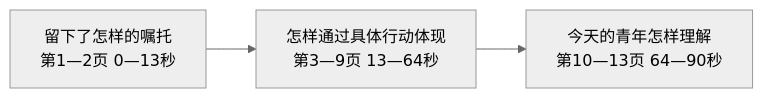
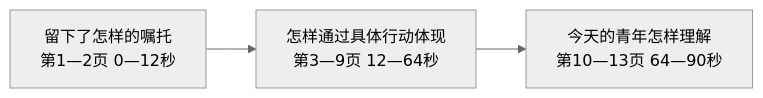
Before and after one commit to OyamaMeek/Motion: the diagram in 蒋葆增的家国情怀/短片/脚本与时间表.md, drawn with Mermaid (neutral theme). The commit also changed other lines of this file and 80 other files, not shown here.

````diff
--- a/蒋葆增的家国情怀/短片/脚本与时间表.md
+++ b/蒋葆增的家国情怀/短片/脚本与时间表.md
@@ -9,5 +11,5 @@
 ```mermaid
 flowchart LR
-  A["留下了怎样的嘱托<br>第1—2页 0—13秒"] --> B["怎样通过具体行动体现<br>第3—9页 13—64秒"]
+  A["留下了怎样的嘱托<br>第1—2页 0—12秒"] --> B["怎样通过具体行动体现<br>第3—9页 12—64秒"]
   B --> C["今天的青年怎样理解<br>第10—13页 64—90秒"]
 ```
````
